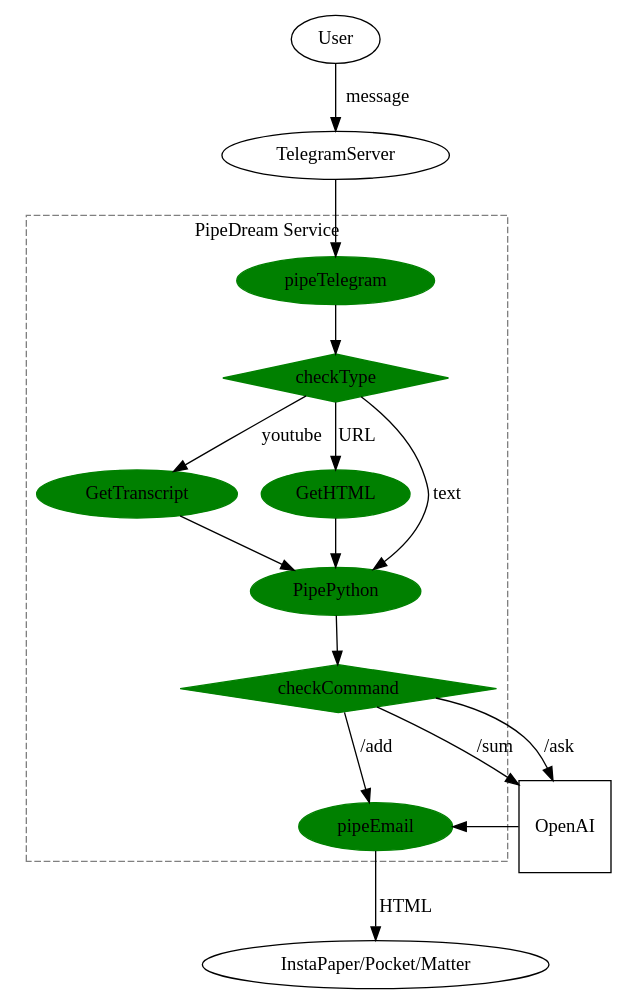
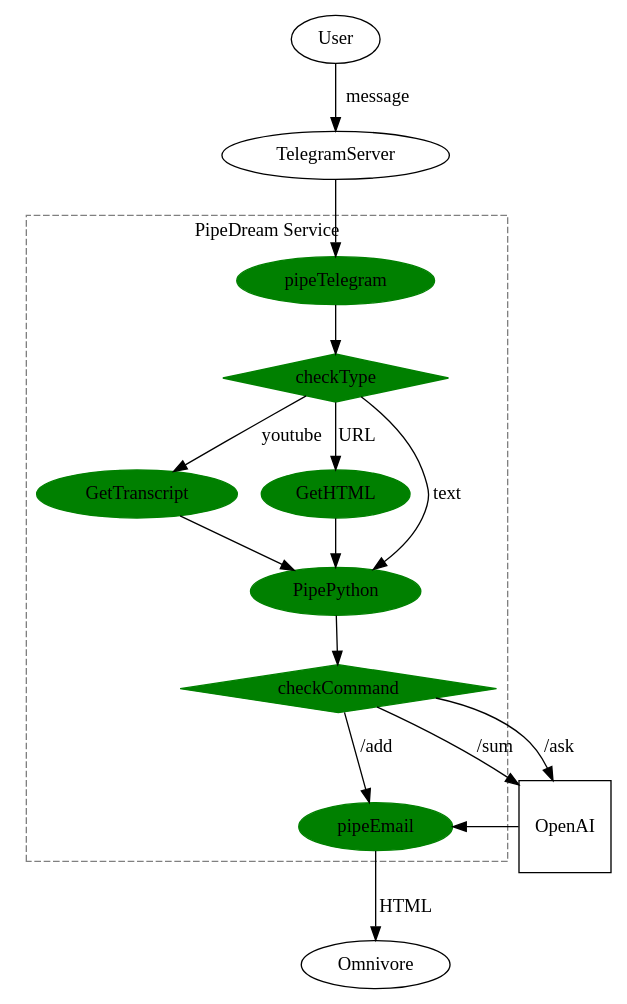
Before and after one commit to yazdipour/xbrain: the diagram in docs/diagram.dot, drawn with Graphviz. The commit also changed 2 other files, not shown here.

Commit message:
update with Omnivore standard email

```diff
--- a/docs/diagram.dot
+++ b/docs/diagram.dot
@@ -1,31 +1,31 @@
 digraph MessageFlow {
     // node [shape=rectangle, style=filled];
     User -> TelegramServer [label="message"];
     subgraph cluster_PipeDream{
         node [style=filled,color=green];
         style=dashed;
         color=gray;
         label="PipeDream Service";
 
         checkType [shape=diamond];
         checkCommand [shape=diamond];
     
         pipeTelegram -> checkType;
         checkType -> GetTranscript [label="youtube"];  
         checkType -> GetHTML [label="URL"];  
         checkType -> PipePython [label="text"];
         
         GetHTML -> PipePython;
         GetTranscript -> PipePython;
         PipePython -> checkCommand;
         checkCommand -> pipeEmail [label="/add"];
     }
     
     OpenAI [shape=square];
     checkCommand -> OpenAI [label="/sum"];
     checkCommand -> OpenAI [label="/ask"];
     TelegramServer -> pipeTelegram;  
     OpenAI -> pipeEmail;
     
-    pipeEmail -> "InstaPaper/Pocket/Matter" [label="HTML"];
+    pipeEmail -> "Omnivore" [label="HTML"];
 }
```
